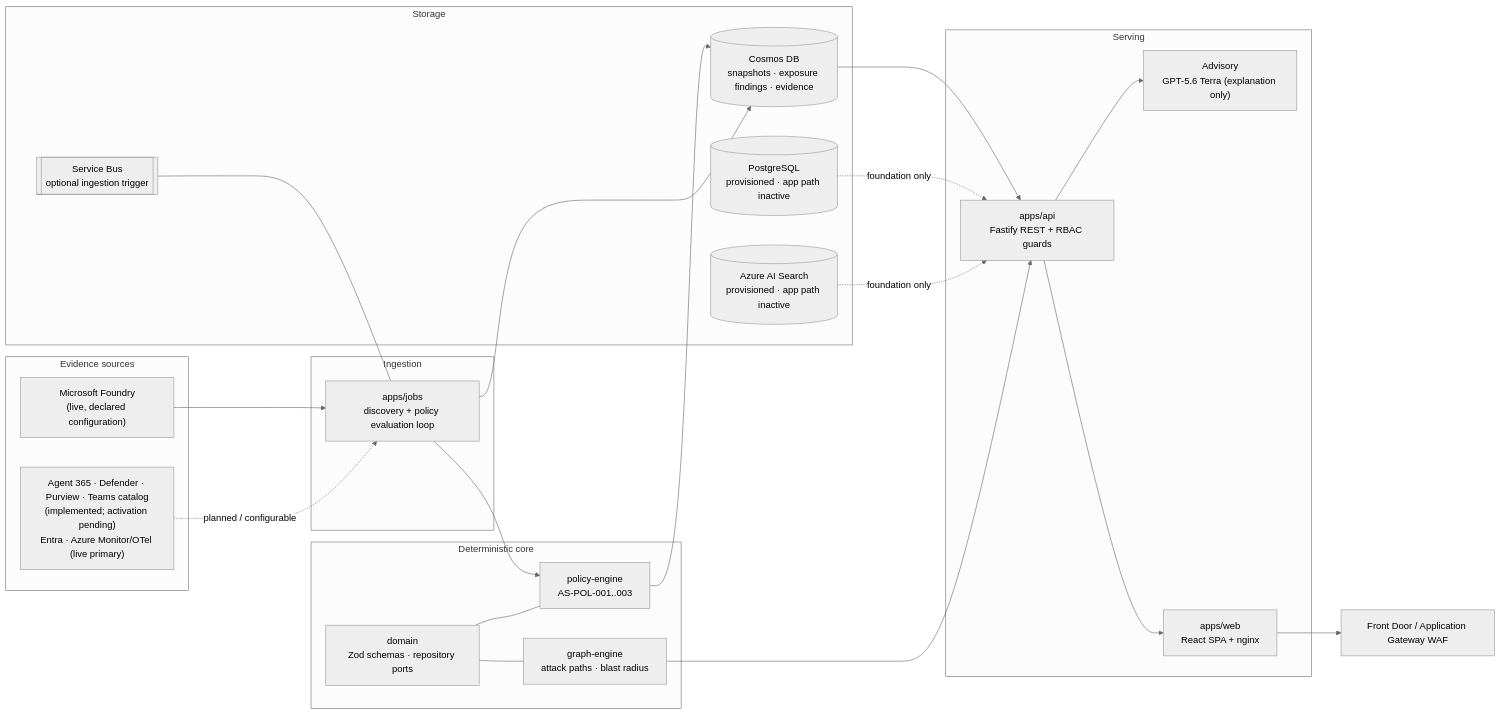
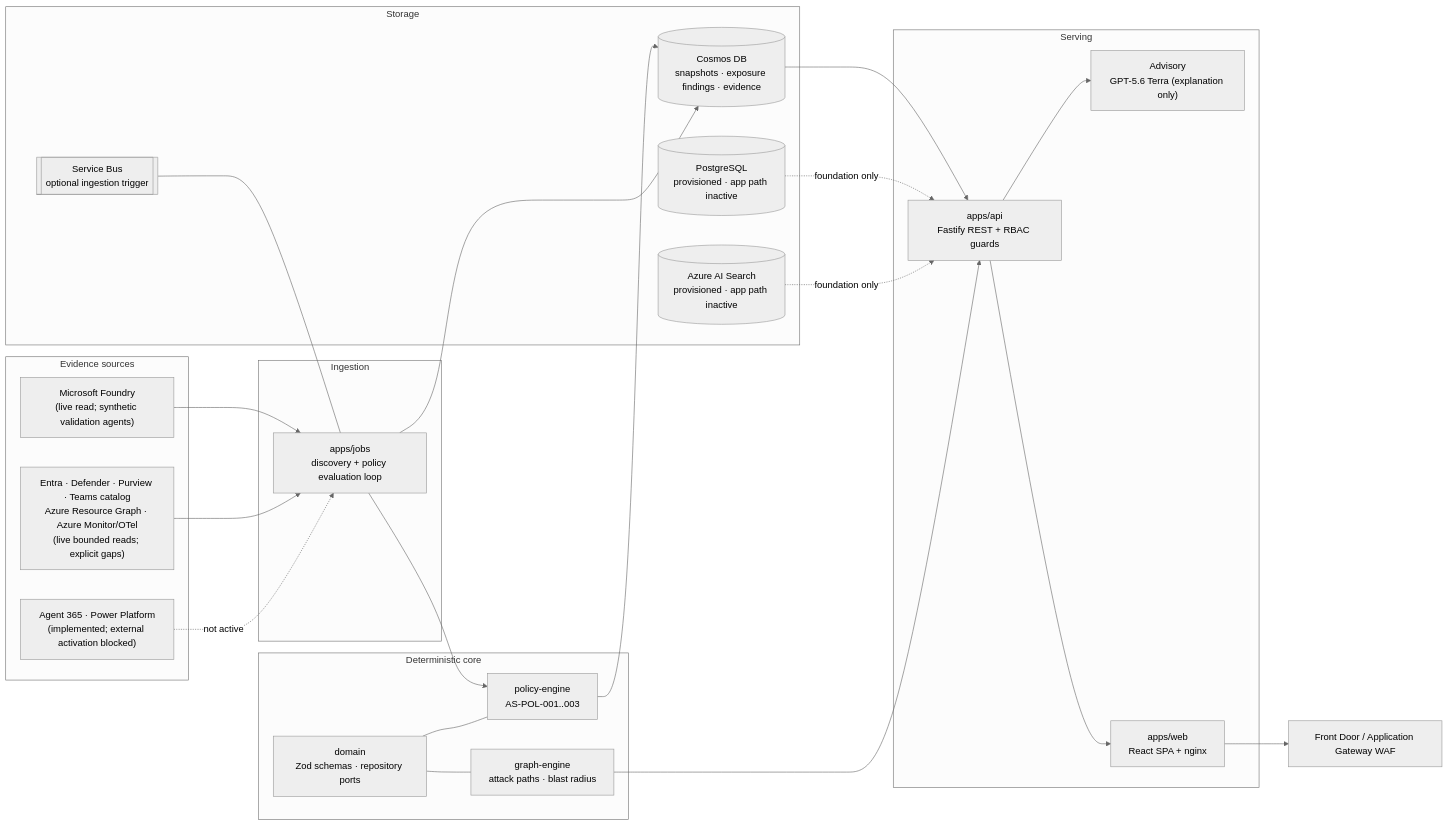
Before and after one commit to YOONPYOGitHub/agent-sentinel: the diagram in README.md, drawn with Mermaid (neutral theme). The commit also changed other lines of this file and 13 other files, not shown here.

````diff
--- a/README.md
+++ b/README.md
@@ -84,45 +86,47 @@
 ```mermaid
 flowchart LR
     subgraph Sources["Evidence sources"]
-        FDRY["Microsoft Foundry<br/>(live, declared configuration)"]
-        PLAN["Agent 365 · Defender · Purview · Teams catalog<br/>(implemented; activation pending)<br/>Entra · Azure Monitor/OTel (live primary)"]
+        FDRY["Microsoft Foundry<br/>(live read; synthetic validation agents)"]
+        LIVE["Entra · Defender · Purview · Teams catalog<br/>Azure Resource Graph · Azure Monitor/OTel<br/>(live bounded reads; explicit gaps)"]
+        BLOCKED["Agent 365 · Power Platform<br/>(implemented; external activation blocked)"]
     end
 
     subgraph Ingest["Ingestion"]
         JOBS["apps/jobs<br/>discovery + policy evaluation loop"]
     end
 
     subgraph Core["Deterministic core"]
         GRAPH["graph-engine<br/>attack paths · blast radius"]
         POLICY["policy-engine<br/>AS-POL-001..003"]
         DOMAIN["domain<br/>Zod schemas · repository ports"]
     end
 
     subgraph Store["Storage"]
         COSMOS[("Cosmos DB<br/>snapshots · exposure findings · evidence")]
         PG[("PostgreSQL<br/>provisioned · app path inactive")]
         SEARCH[("Azure AI Search<br/>provisioned · app path inactive")]
         SB[["Service Bus<br/>optional ingestion trigger"]]
     end
 
     subgraph Serve["Serving"]
         API["apps/api<br/>Fastify REST + RBAC guards"]
         ADV["Advisory<br/>GPT-5.6 Terra (explanation only)"]
         WEB["apps/web<br/>React SPA + nginx"]
     end
 
     FDRY --> JOBS
-    PLAN -.planned / configurable.-> JOBS
+    LIVE --> JOBS
+    BLOCKED -.not active.-> JOBS
     JOBS --> POLICY --> COSMOS
     JOBS --> COSMOS
     DOMAIN --- POLICY
     DOMAIN --- GRAPH
     COSMOS --> API
     PG -.foundation only.-> API
     SEARCH -.foundation only.-> API
     SB --- JOBS
     GRAPH --> API
     API --> ADV
     API --> WEB
     WEB --> EDGE["Front Door / Application Gateway WAF"]
 ```
````
